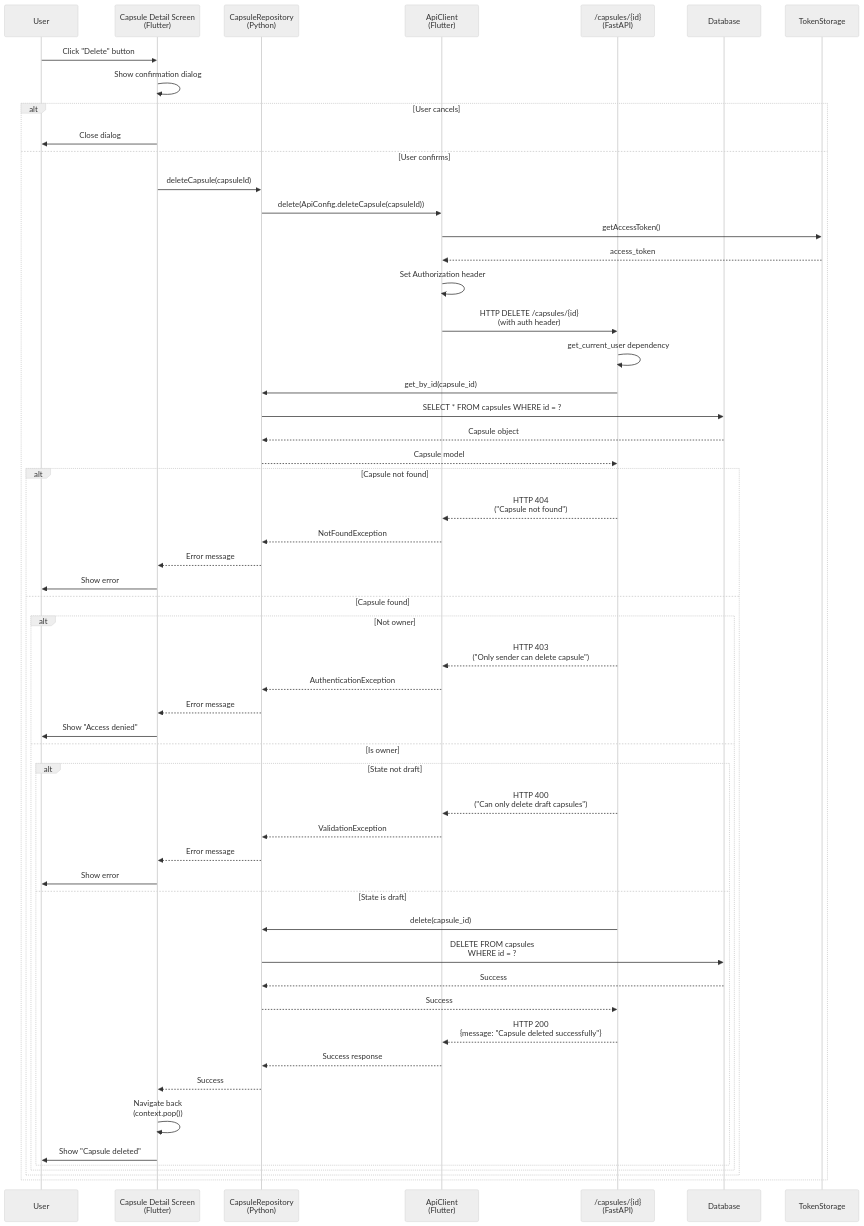
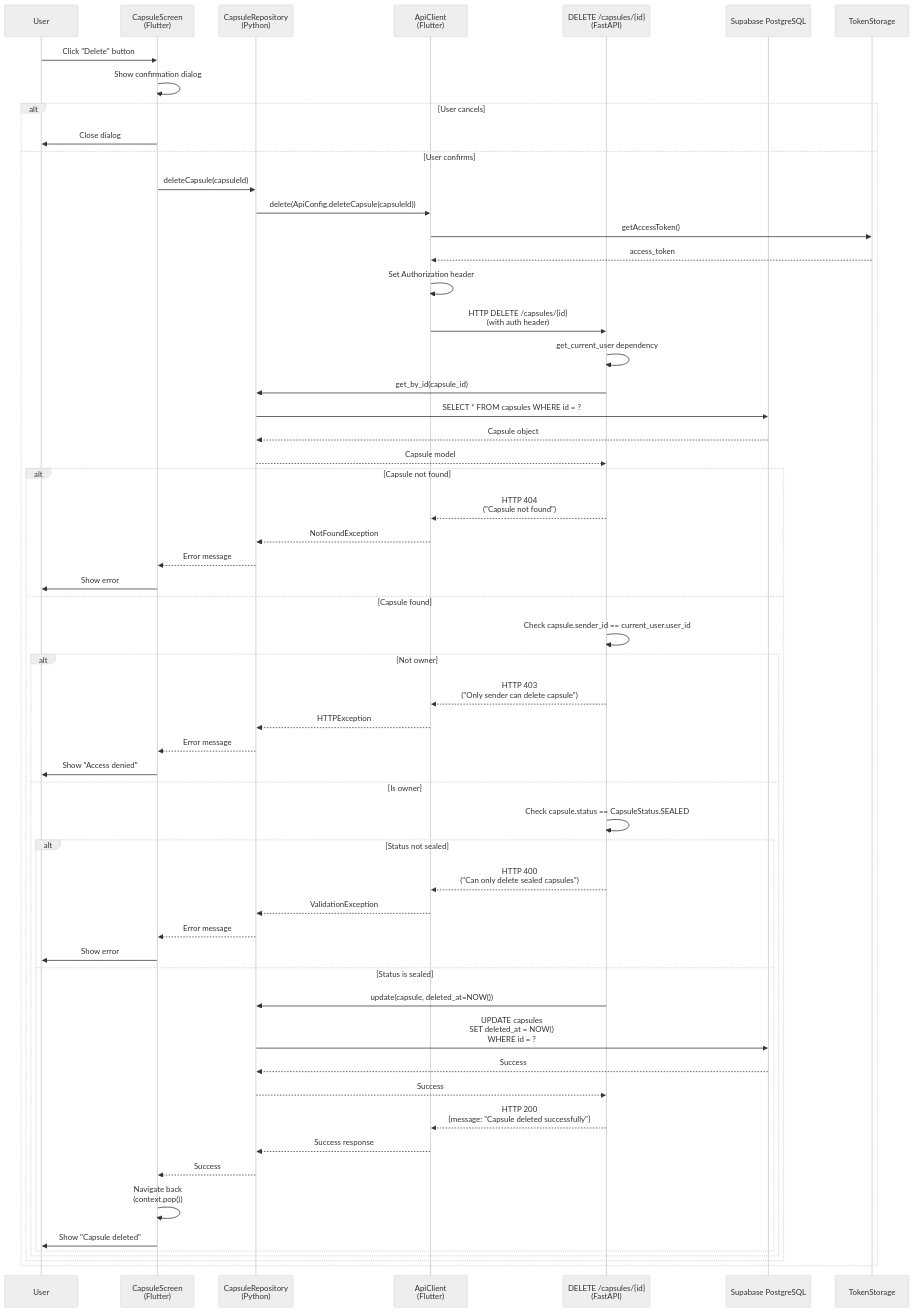
The ninth of 20 diagrams in docs/SEQUENCE_DIAGRAMS.md (sunilkumarvuppala/open-on-app), drawn with Mermaid (neutral theme) before and after one commit. The commit also changed other lines of this file and 64 other files, not shown here.

````diff
--- a/docs/SEQUENCE_DIAGRAMS.md
+++ b/docs/SEQUENCE_DIAGRAMS.md
@@ -891,63 +824,67 @@
 ```mermaid
 sequenceDiagram
     participant User
-    participant CapsuleScreen as Capsule Detail Screen<br/>(Flutter)
-    participant CapsuleRepo as CapsuleRepository<br/>(Flutter)
+    participant CapsuleScreen as CapsuleScreen<br/>(Flutter)
+    participant CapsuleRepo as ApiCapsuleRepository<br/>(Flutter)
     participant ApiClient as ApiClient<br/>(Flutter)
-    participant CapsuleAPI as /capsules/{id}<br/>(FastAPI)
+    participant CapsuleAPI as DELETE /capsules/{id}<br/>(FastAPI)
     participant CapsuleRepo as CapsuleRepository<br/>(Python)
-    participant DB as Database
+    participant DB as Supabase PostgreSQL
 
     User->>CapsuleScreen: Click "Delete" button
     CapsuleScreen->>CapsuleScreen: Show confirmation dialog
     
     alt User cancels
         CapsuleScreen->>User: Close dialog
     else User confirms
         CapsuleScreen->>CapsuleRepo: deleteCapsule(capsuleId)
         CapsuleRepo->>ApiClient: delete(ApiConfig.deleteCapsule(capsuleId))
         ApiClient->>TokenStorage: getAccessToken()
         TokenStorage-->>ApiClient: access_token
         ApiClient->>ApiClient: Set Authorization header
         ApiClient->>CapsuleAPI: HTTP DELETE /capsules/{id}<br/>(with auth header)
         
         CapsuleAPI->>CapsuleAPI: get_current_user dependency
         CapsuleAPI->>CapsuleRepo: get_by_id(capsule_id)
         CapsuleRepo->>DB: SELECT * FROM capsules WHERE id = ?
         DB-->>CapsuleRepo: Capsule object
         CapsuleRepo-->>CapsuleAPI: Capsule model
         
         alt Capsule not found
             CapsuleAPI-->>ApiClient: HTTP 404<br/>("Capsule not found")
             ApiClient-->>CapsuleRepo: NotFoundException
             CapsuleRepo-->>CapsuleScreen: Error message
             CapsuleScreen->>User: Show error
         else Capsule found
+            CapsuleAPI->>CapsuleAPI: Check capsule.sender_id == current_user.user_id
+            
             alt Not owner
                 CapsuleAPI-->>ApiClient: HTTP 403<br/>("Only sender can delete capsule")
-                ApiClient-->>CapsuleRepo: AuthenticationException
+                ApiClient-->>CapsuleRepo: HTTPException
                 CapsuleRepo-->>CapsuleScreen: Error message
                 CapsuleScreen->>User: Show "Access denied"
             else Is owner
-                alt State not draft
-                    CapsuleAPI-->>ApiClient: HTTP 400<br/>("Can only delete draft capsules")
+                CapsuleAPI->>CapsuleAPI: Check capsule.status == CapsuleStatus.SEALED
+                
+                alt Status not sealed
+                    CapsuleAPI-->>ApiClient: HTTP 400<br/>("Can only delete sealed capsules")
                     ApiClient-->>CapsuleRepo: ValidationException
                     CapsuleRepo-->>CapsuleScreen: Error message
                     CapsuleScreen->>User: Show error
-                else State is draft
-                    CapsuleAPI->>CapsuleRepo: delete(capsule_id)
-                    CapsuleRepo->>DB: DELETE FROM capsules<br/>WHERE id = ?
+                else Status is sealed
+                    CapsuleAPI->>CapsuleRepo: update(capsule, deleted_at=NOW())
+                    CapsuleRepo->>DB: UPDATE capsules<br/>SET deleted_at = NOW()<br/>WHERE id = ?
                     DB-->>CapsuleRepo: Success
                     CapsuleRepo-->>CapsuleAPI: Success
                     
                     CapsuleAPI-->>ApiClient: HTTP 200<br/>{message: "Capsule deleted successfully"}
                     
                     ApiClient-->>CapsuleRepo: Success response
                     CapsuleRepo-->>CapsuleScreen: Success
                     CapsuleScreen->>CapsuleScreen: Navigate back<br/>(context.pop())
                     CapsuleScreen->>User: Show "Capsule deleted"
                 end
             end
         end
     end
 ```
````
